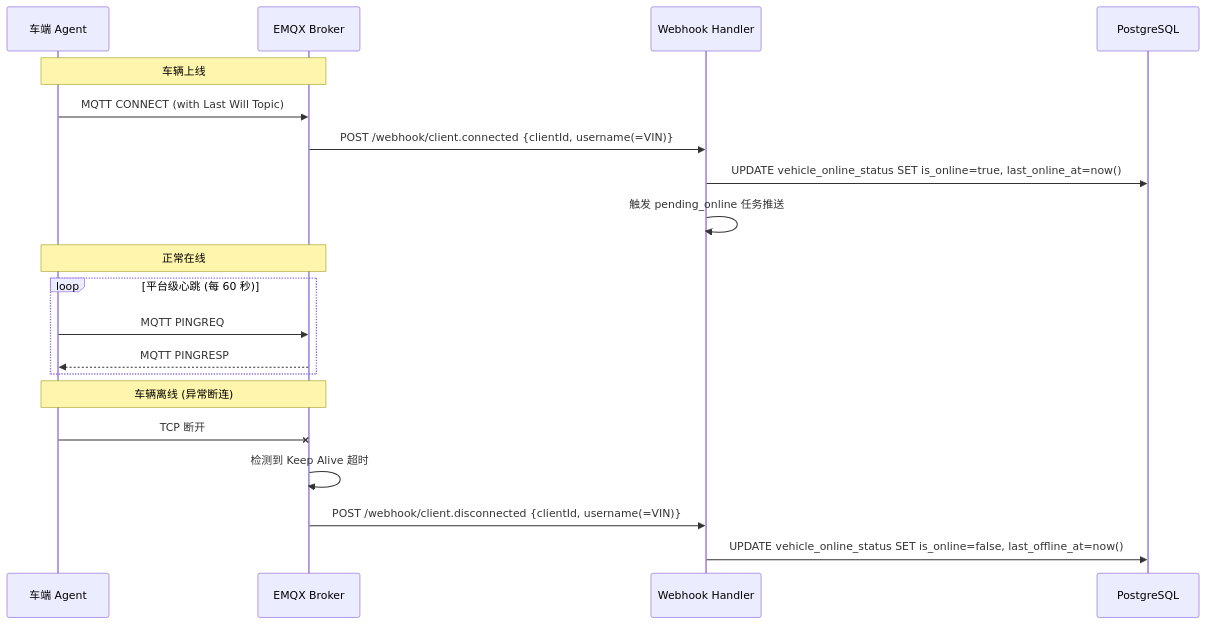
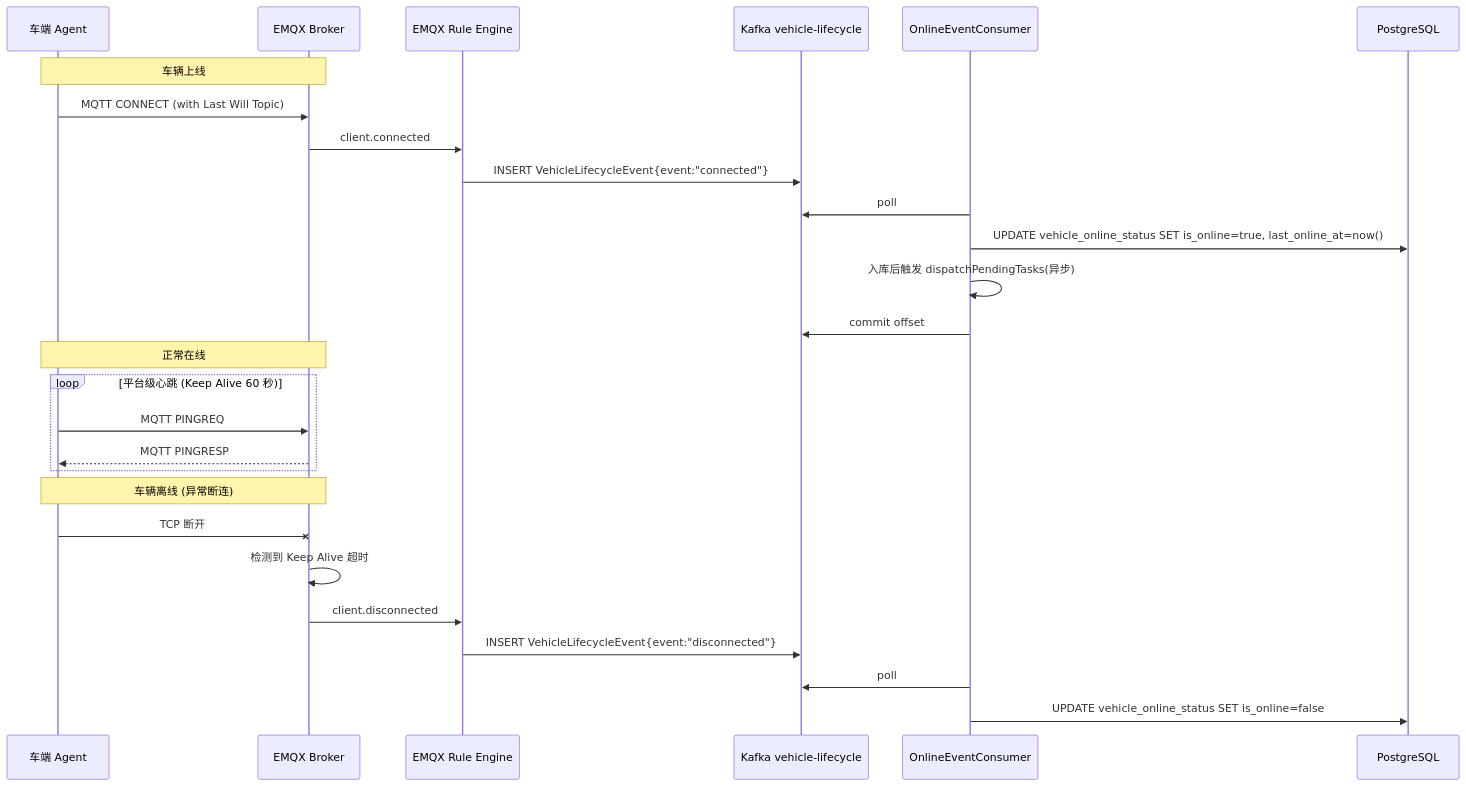
The seventh of 9 diagrams in doc/opendota_tech_architecture.md (YuMinami/OpenDOTA), drawn with Mermaid before and after one commit. The commit also changed other lines of this file and 4 other files, not shown here.

````diff
--- a/doc/opendota_tech_architecture.md
+++ b/doc/opendota_tech_architecture.md
@@ -455,25 +544,33 @@
 ```mermaid
 sequenceDiagram
     participant VEHICLE as 车端 Agent
     participant EMQX as EMQX Broker
-    participant WEBHOOK as Webhook Handler
+    participant RULE as EMQX Rule Engine
+    participant KAFKA as Kafka vehicle-lifecycle
+    participant CONSUMER as OnlineEventConsumer
     participant PG as PostgreSQL
 
     Note over VEHICLE,EMQX: 车辆上线
     VEHICLE->>EMQX: MQTT CONNECT (with Last Will Topic)
-    EMQX->>WEBHOOK: POST /webhook/client.connected {clientId, username(=VIN)}
-    WEBHOOK->>PG: UPDATE vehicle_online_status SET is_online=true, last_online_at=now()
-    WEBHOOK->>WEBHOOK: 触发 pending_online 任务推送
+    EMQX->>RULE: client.connected
+    RULE->>KAFKA: INSERT VehicleLifecycleEvent{event:"connected"}
+
+    CONSUMER->>KAFKA: poll
+    CONSUMER->>PG: UPDATE vehicle_online_status SET is_online=true, last_online_at=now()
+    CONSUMER->>CONSUMER: 入库后触发 dispatchPendingTasks(异步)
+    CONSUMER->>KAFKA: commit offset
 
     Note over VEHICLE,EMQX: 正常在线
-    loop 平台级心跳 (每 60 秒)
+    loop 平台级心跳 (Keep Alive 60 秒)
         VEHICLE->>EMQX: MQTT PINGREQ
         EMQX-->>VEHICLE: MQTT PINGRESP
     end
 
     Note over VEHICLE,EMQX: 车辆离线 (异常断连)
     VEHICLE-xEMQX: TCP 断开
     EMQX->>EMQX: 检测到 Keep Alive 超时
-    EMQX->>WEBHOOK: POST /webhook/client.disconnected {clientId, username(=VIN)}
-    WEBHOOK->>PG: UPDATE vehicle_online_status SET is_online=false, last_offline_at=now()
+    EMQX->>RULE: client.disconnected
+    RULE->>KAFKA: INSERT VehicleLifecycleEvent{event:"disconnected"}
+    CONSUMER->>KAFKA: poll
+    CONSUMER->>PG: UPDATE vehicle_online_status SET is_online=false
 ```
````
